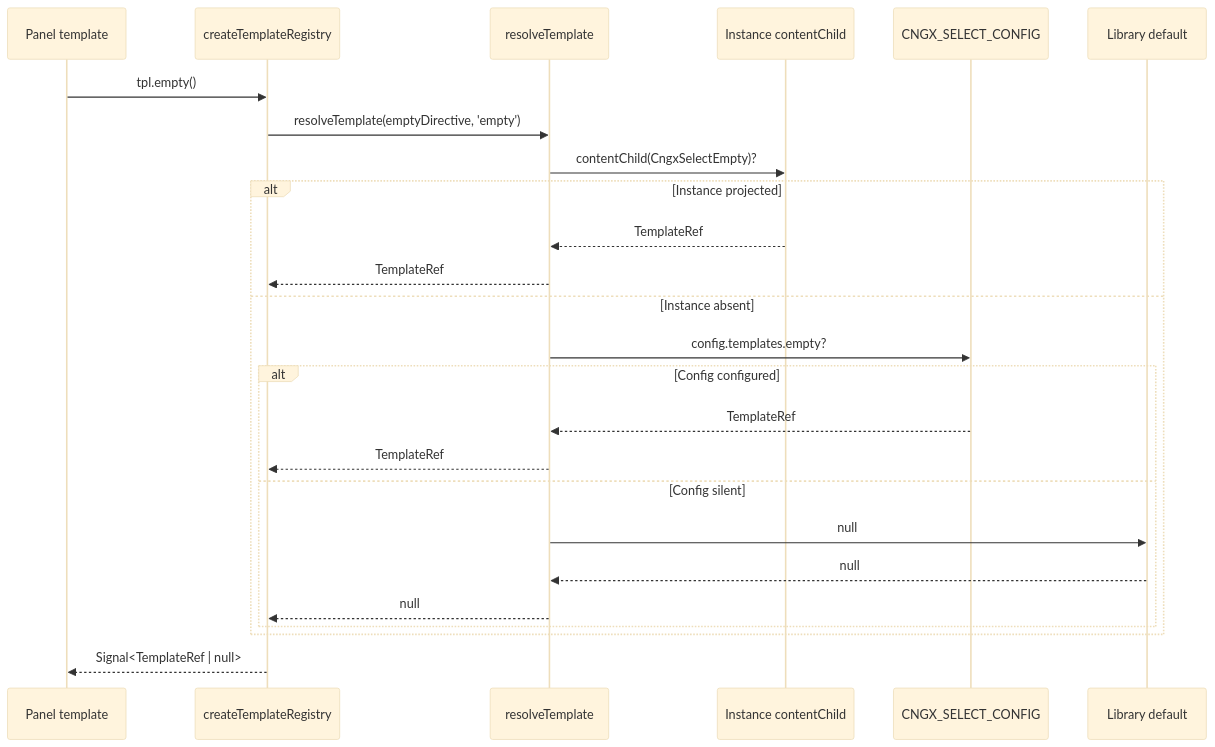
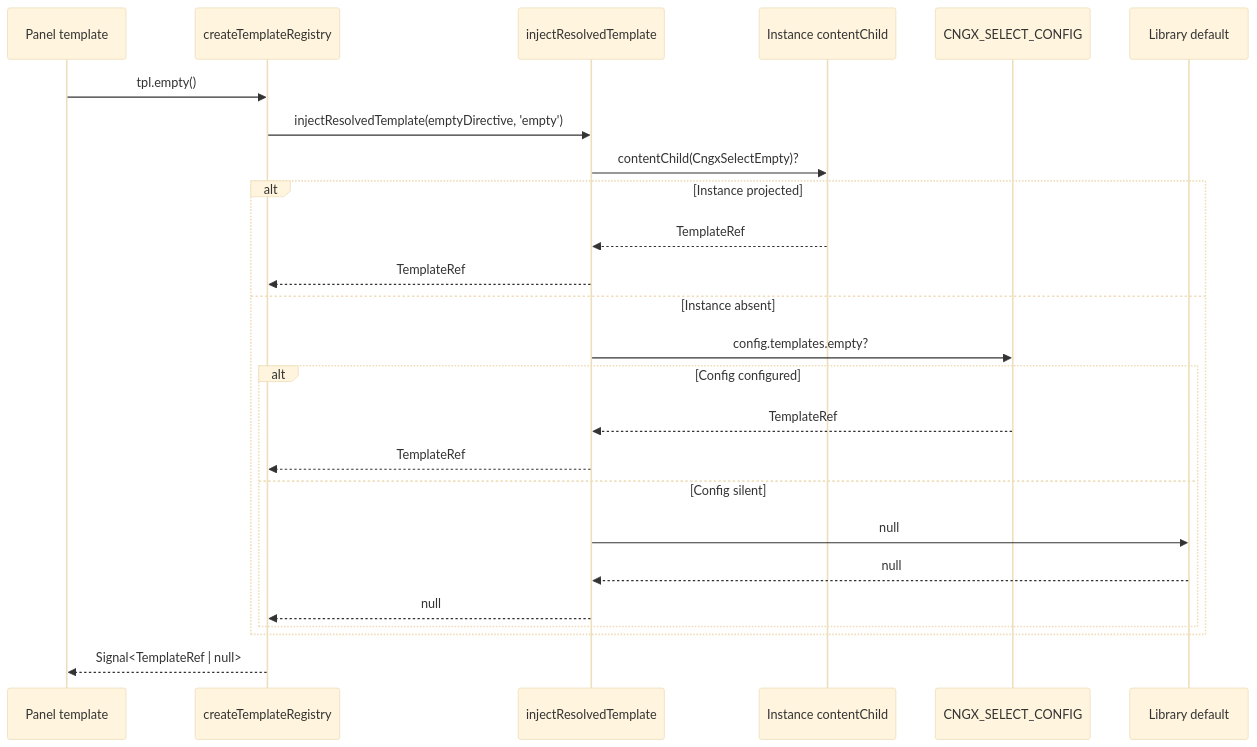
One commit to cngxjs/cngx changed the fourth of 8 diagrams in projects/forms/select/ARCHITECTURE.md. Above: the diagram before and after it, drawn with Mermaid (base theme). The commit also changed other lines of this file and 29 other files, not shown here.

````diff
--- a/projects/forms/select/ARCHITECTURE.md
+++ b/projects/forms/select/ARCHITECTURE.md
@@ -262,28 +262,28 @@
 ```mermaid
 sequenceDiagram
   participant Panel as Panel template
   participant Registry as createTemplateRegistry
-  participant Cascade as resolveTemplate
+  participant Cascade as injectResolvedTemplate
   participant Instance as Instance contentChild
   participant Config as CNGX_SELECT_CONFIG
   participant Default as Library default
 
   Panel->>Registry: tpl.empty()
-  Registry->>Cascade: resolveTemplate(emptyDirective, 'empty')
+  Registry->>Cascade: injectResolvedTemplate(emptyDirective, 'empty')
   Cascade->>Instance: contentChild(CngxSelectEmpty)?
   alt Instance projected
     Instance-->>Cascade: TemplateRef
     Cascade-->>Registry: TemplateRef
   else Instance absent
     Cascade->>Config: config.templates.empty?
     alt Config configured
       Config-->>Cascade: TemplateRef
       Cascade-->>Registry: TemplateRef
     else Config silent
       Cascade->>Default: null
       Default-->>Cascade: null
       Cascade-->>Registry: null
     end
   end
   Registry-->>Panel: Signal<TemplateRef | null>
 ```
````
